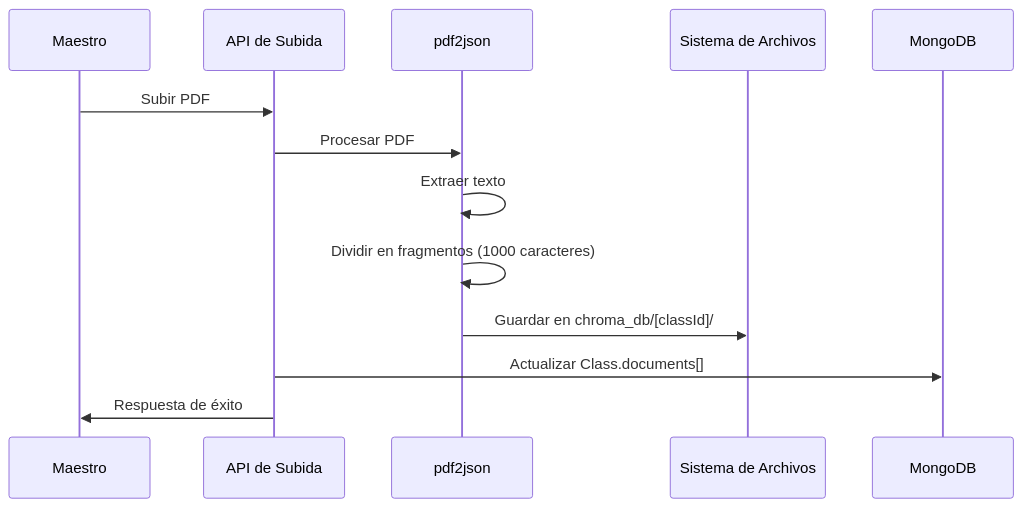
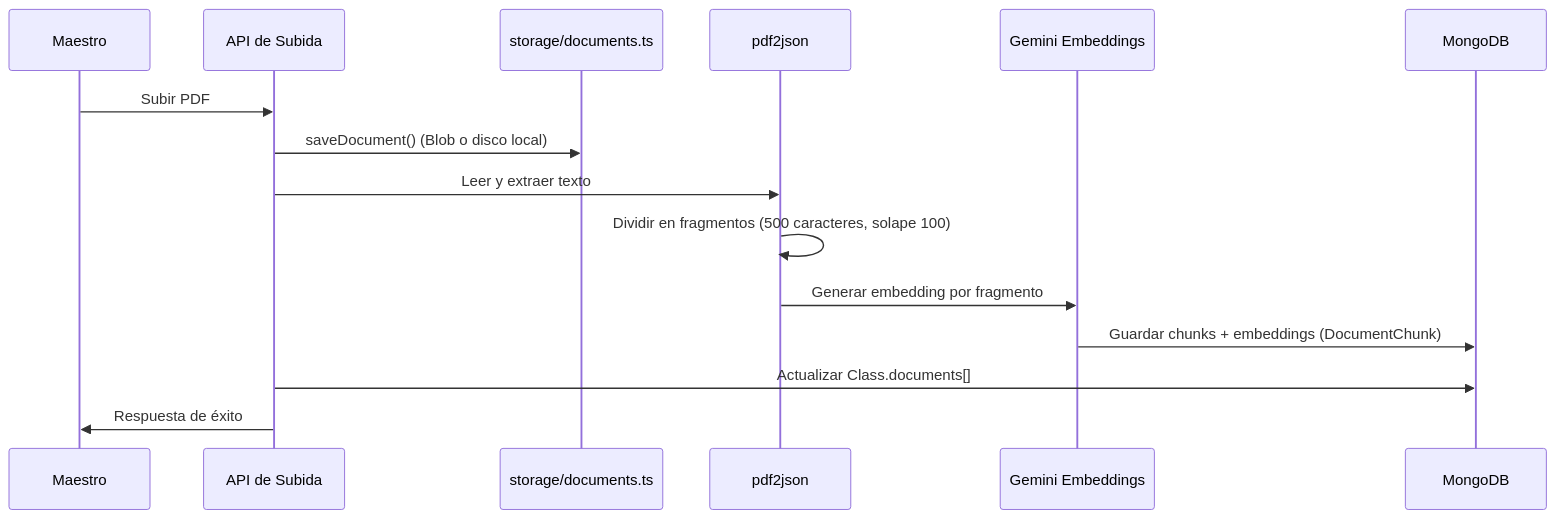
The second of 5 diagrams in ARQUITECTURA.md (olired2/chatbot), drawn with Mermaid before and after one commit. The commit also changed other lines of this file and 2 other files, not shown here.

````diff
--- a/ARQUITECTURA.md
+++ b/ARQUITECTURA.md
@@ -276,16 +274,18 @@
 ```mermaid
 sequenceDiagram
     participant M as Maestro
     participant API as API de Subida
+    participant ST as storage/documents.ts
     participant PDF as pdf2json
-    participant FS as Sistema de Archivos
+    participant Gemini as Gemini Embeddings
     participant DB as MongoDB
     
     M->>API: Subir PDF
-    API->>PDF: Procesar PDF
-    PDF->>PDF: Extraer texto
-    PDF->>PDF: Dividir en fragmentos (1000 caracteres)
-    PDF->>FS: Guardar en chroma_db/[classId]/
+    API->>ST: saveDocument() (Blob o disco local)
+    API->>PDF: Leer y extraer texto
+    PDF->>PDF: Dividir en fragmentos (500 caracteres, solape 100)
+    PDF->>Gemini: Generar embedding por fragmento
+    Gemini->>DB: Guardar chunks + embeddings (DocumentChunk)
     API->>DB: Actualizar Class.documents[]
     API->>M: Respuesta de éxito
 ```
````
